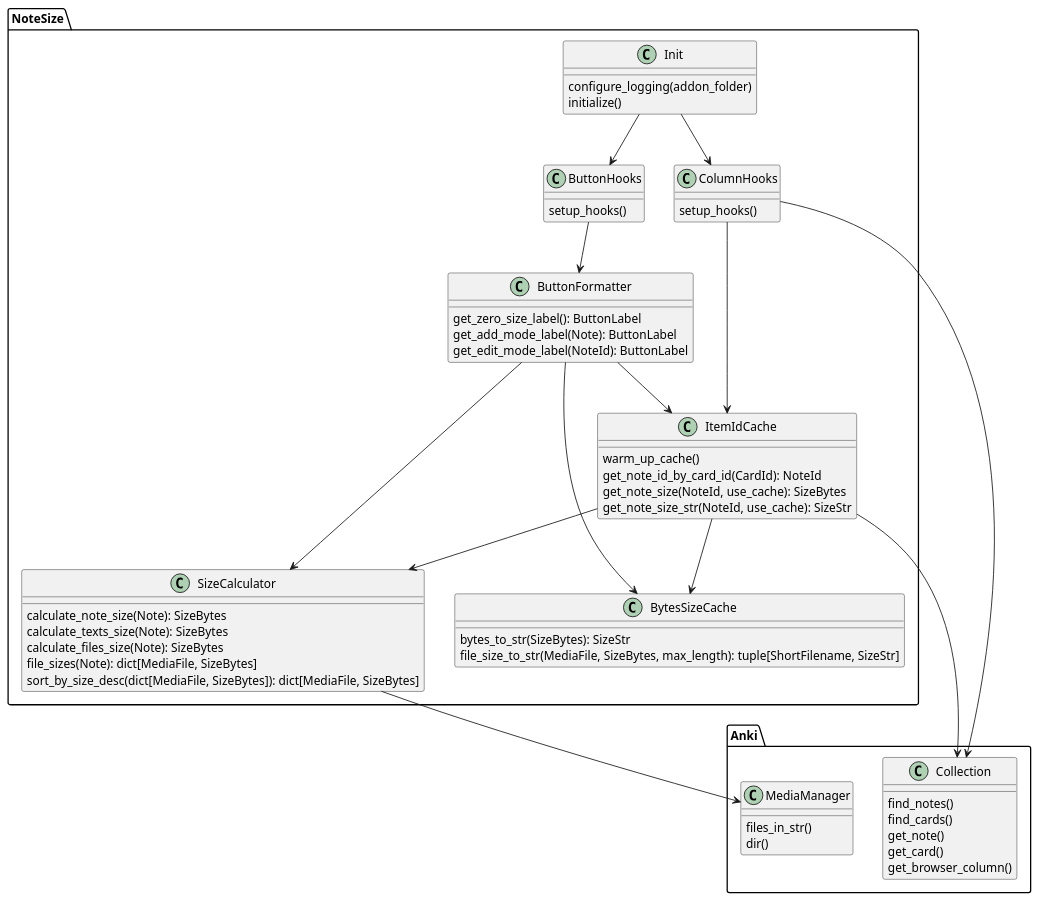
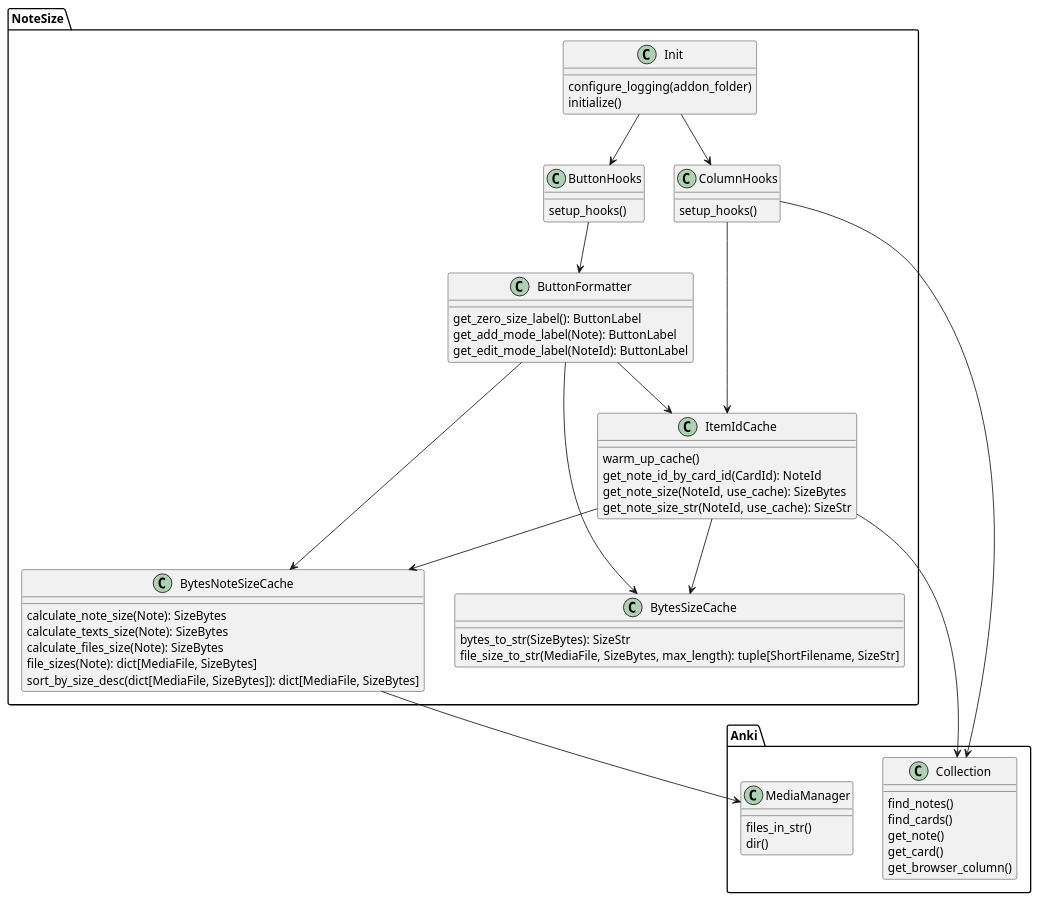
The diagram in docs-template/uml/all-class-diagram.puml (Aleks-Ya/note-size-anki-addon), drawn with PlantUML before and after one commit. The commit also changed 23 other files, not shown here.

Commit message:
Rename SizeCalculator to BytesNoteSizeCache

```diff
--- a/docs-template/uml/all-class-diagram.puml
+++ b/docs-template/uml/all-class-diagram.puml
@@ -1,74 +1,74 @@
 @startuml
 'https://plantuml.com/class-diagram
 
 package Anki {
     class Collection {
         find_notes()
         find_cards()
         get_note()
         get_card()
         get_browser_column()
     }
     class MediaManager {
         files_in_str()
         dir()
     }
 }
 
 package NoteSize {
     together {
         class ButtonHooks {
             setup_hooks()
         }
         class ColumnHooks {
             setup_hooks()
         }
     }
     class ButtonFormatter {
         get_zero_size_label(): ButtonLabel
         get_add_mode_label(Note): ButtonLabel
         get_edit_mode_label(NoteId): ButtonLabel
     }
-    class SizeCalculator {
+    class BytesNoteSizeCache {
         calculate_note_size(Note): SizeBytes
         calculate_texts_size(Note): SizeBytes
         calculate_files_size(Note): SizeBytes
         file_sizes(Note): dict[MediaFile, SizeBytes]
         sort_by_size_desc(dict[MediaFile, SizeBytes]): dict[MediaFile, SizeBytes]
     }
     class BytesSizeCache {
         bytes_to_str(SizeBytes): SizeStr
         file_size_to_str(MediaFile, SizeBytes, max_length): tuple[ShortFilename, SizeStr]
     }
     class ItemIdCache {
         warm_up_cache()
         get_note_id_by_card_id(CardId): NoteId
         get_note_size(NoteId, use_cache): SizeBytes
         get_note_size_str(NoteId, use_cache): SizeStr
     }
     class Init {
         configure_logging(addon_folder)
         initialize()
     }
 }
 
 Init --> ColumnHooks
 Init --> ButtonHooks
 
 ButtonHooks --> ButtonFormatter
 
 ButtonFormatter --> ItemIdCache
-ButtonFormatter --> SizeCalculator
+ButtonFormatter --> BytesNoteSizeCache
 ButtonFormatter --> BytesSizeCache
 
-SizeCalculator --> MediaManager
+BytesNoteSizeCache --> MediaManager
 
 ColumnHooks --> Collection
 ColumnHooks --> ItemIdCache
 
 ItemIdCache --> Collection
-ItemIdCache --> SizeCalculator
+ItemIdCache --> BytesNoteSizeCache
 ItemIdCache --> BytesSizeCache
 
 
 @enduml
```
